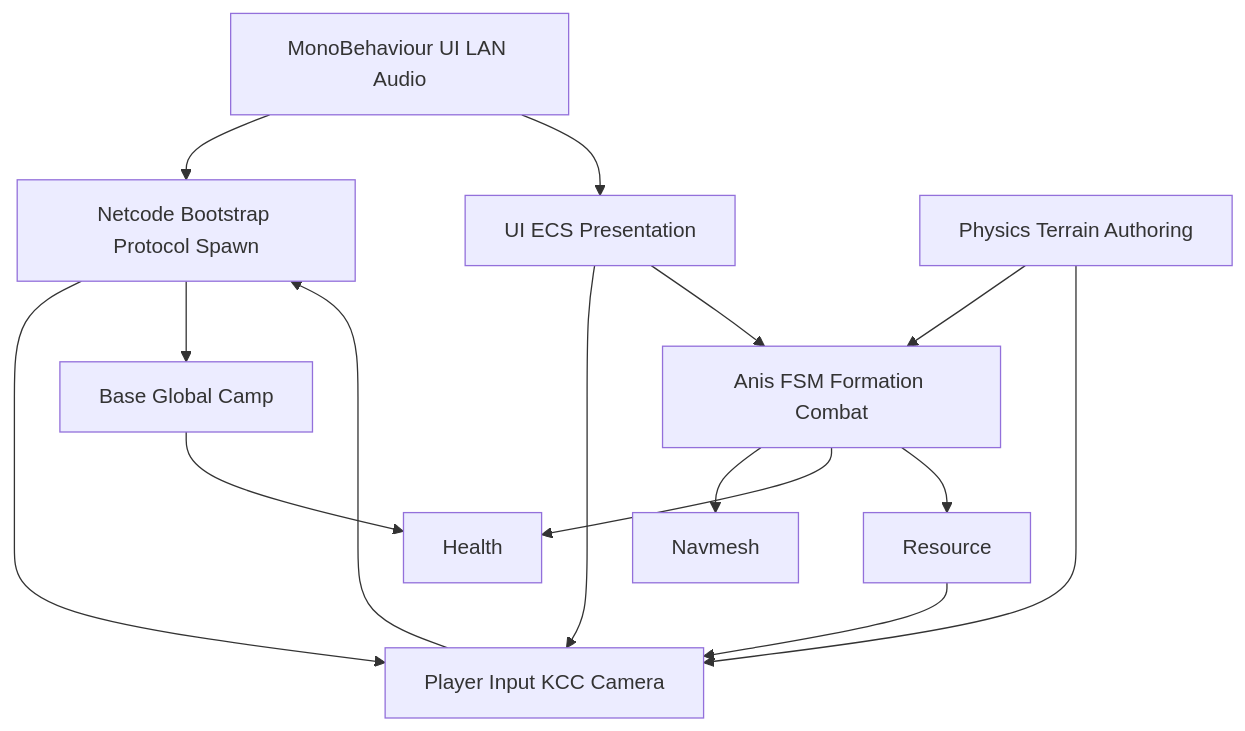
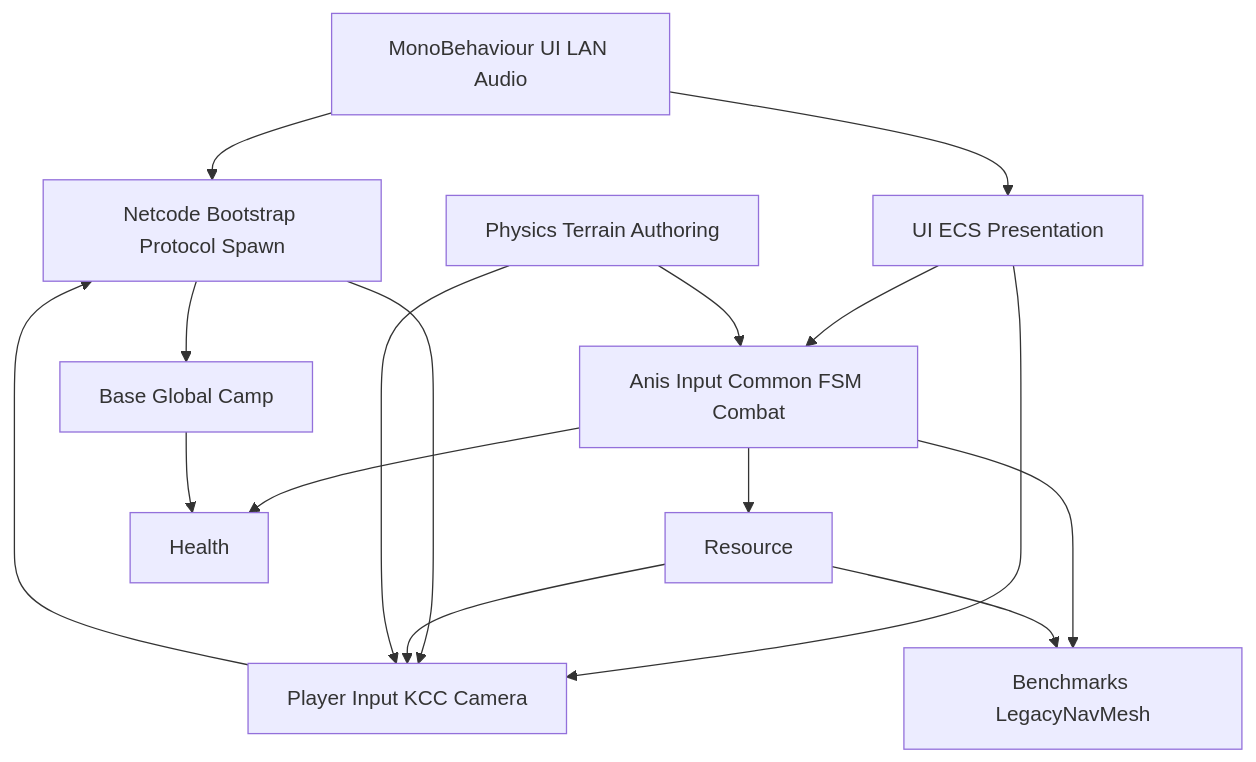
The diagram in docs/Architecture/01_ModuleMap.md (mcaswen/AnimarsCatcher), drawn with Mermaid before and after one commit. The commit also changed other lines of this file and 64 other files, not shown here.

````diff
--- a/docs/Architecture/01_ModuleMap.md
+++ b/docs/Architecture/01_ModuleMap.md
@@ -51,28 +51,29 @@
 ```mermaid
 flowchart TD
     Mono[MonoBehaviour UI LAN Audio]
     UI[UI ECS Presentation]
     Net[Netcode Bootstrap Protocol Spawn]
     Player[Player Input KCC Camera]
-    Ani[Anis FSM Formation Combat]
-    Nav[Navmesh]
+    Ani[Anis Input Common FSM Combat]
+    Legacy[Benchmarks LegacyNavMesh]
     Resource[Resource]
     Health[Health]
     Base[Base Global Camp]
     Physics[Physics Terrain Authoring]
 
     Mono --> Net
     Mono --> UI
     UI --> Player
     UI --> Ani
     Net --> Player
     Net --> Base
     Player --> Net
-    Ani --> Nav
+    Ani --> Legacy
     Ani --> Health
     Ani --> Resource
+    Resource --> Legacy
     Resource --> Player
     Base --> Health
     Physics --> Ani
     Physics --> Player
 ```
````
